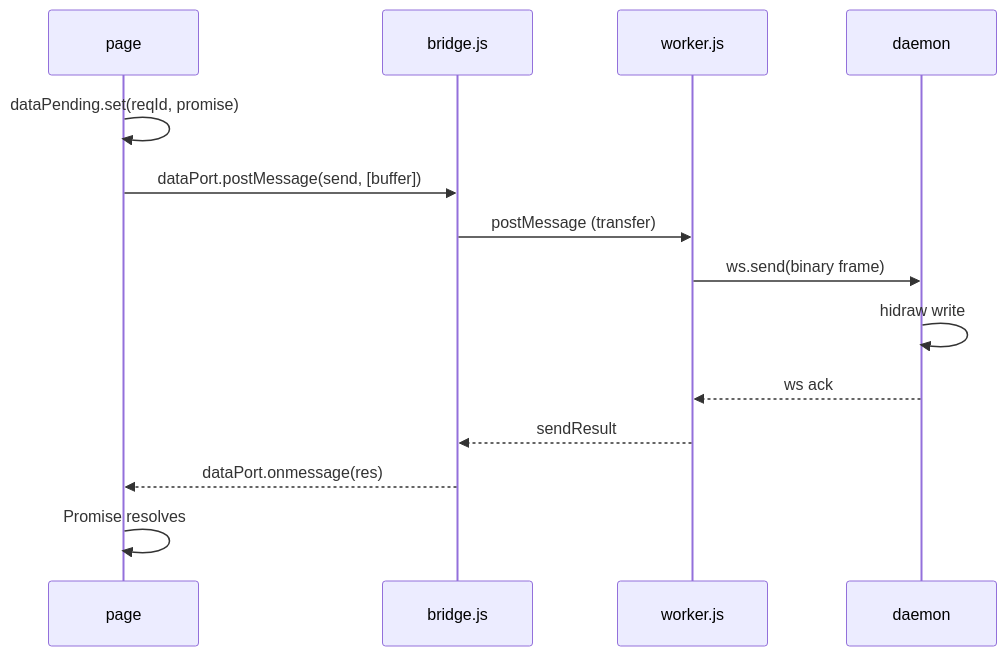
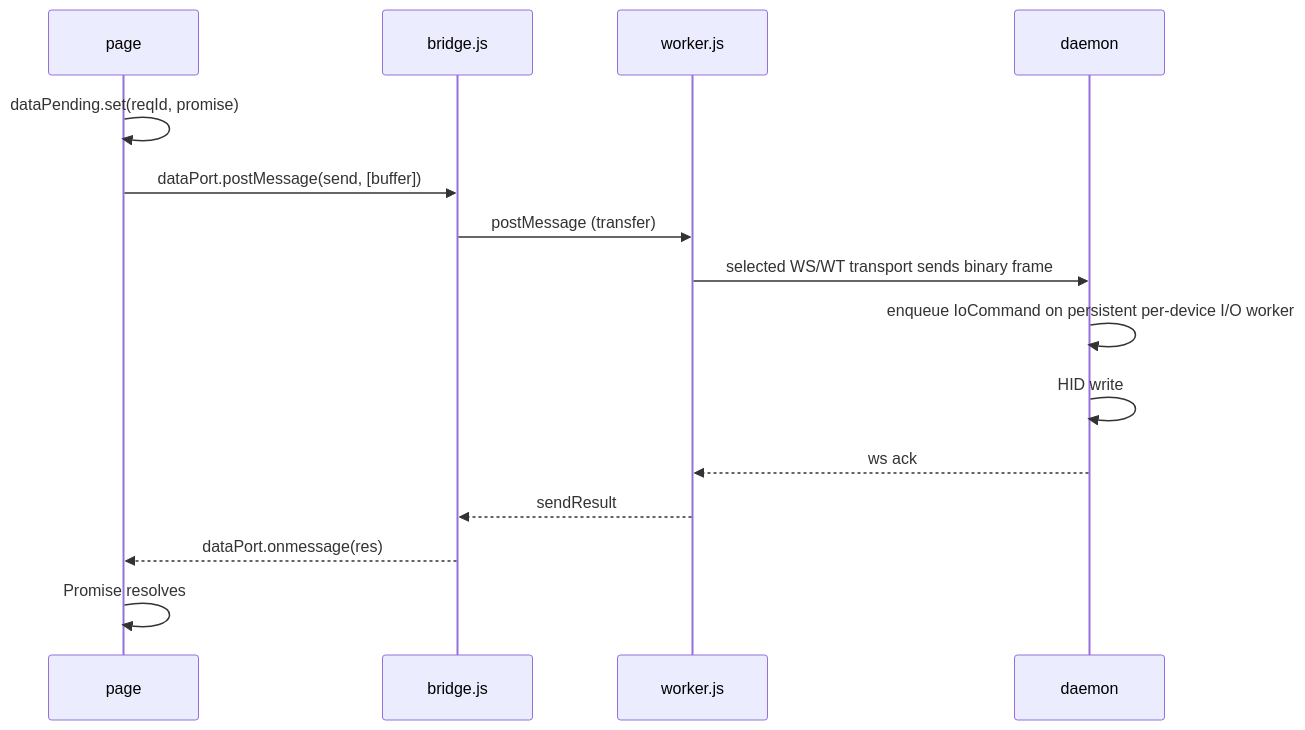
The third of 9 diagrams in docs/ARCHITECTURE.md (K4zoku/FF-WebHID), drawn with Mermaid before and after one commit. The commit also changed other lines of this file and 4 other files, not shown here.

````diff
--- a/docs/ARCHITECTURE.md
+++ b/docs/ARCHITECTURE.md
@@ -298,17 +317,18 @@
 ```mermaid
 sequenceDiagram
     participant P as page
     participant B as bridge.js
     participant W as worker.js
     participant D as daemon
 
     P->>P: dataPending.set(reqId, promise)
     P->>B: dataPort.postMessage(send, [buffer])
     B->>W: postMessage (transfer)
-    W->>D: ws.send(binary frame)
-    D->>D: hidraw write
+    W->>D: selected WS/WT transport sends binary frame
+    D->>D: enqueue IoCommand on persistent per-device I/O worker
+    D->>D: HID write
     D-->>W: ws ack
     W-->>B: sendResult
     B-->>P: dataPort.onmessage(res)
     P->>P: Promise resolves
 ```
````
